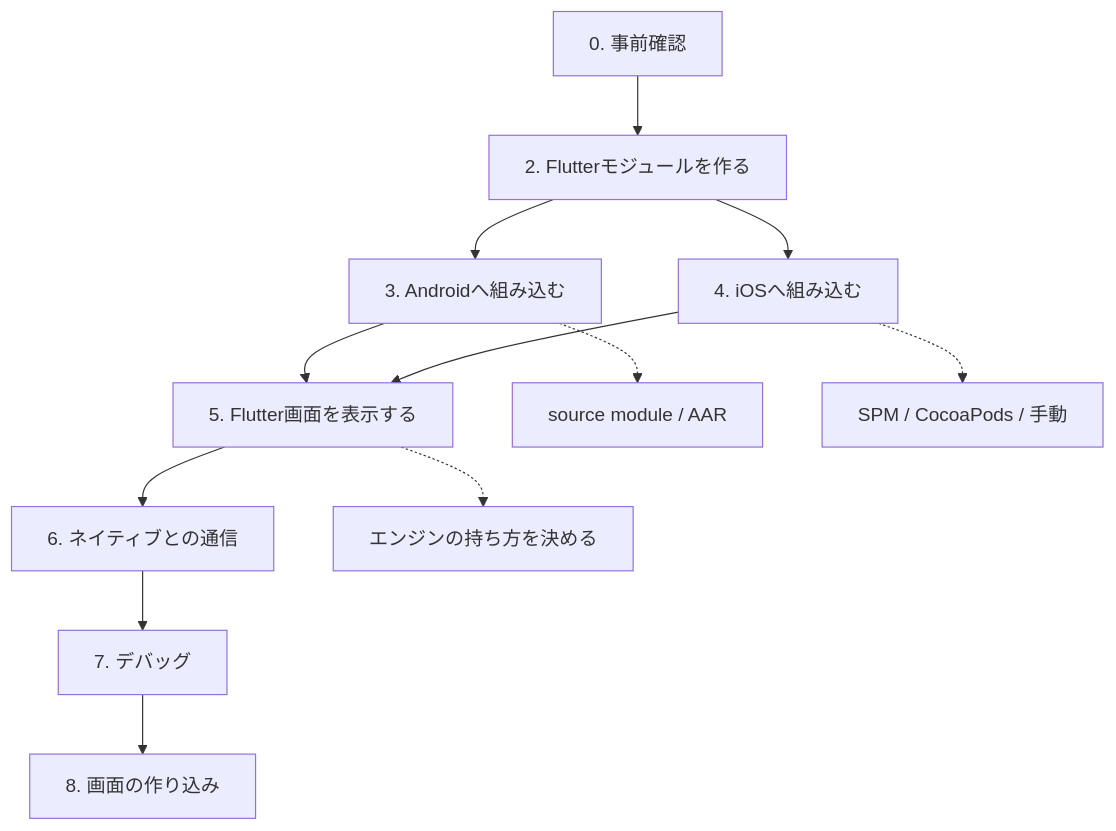
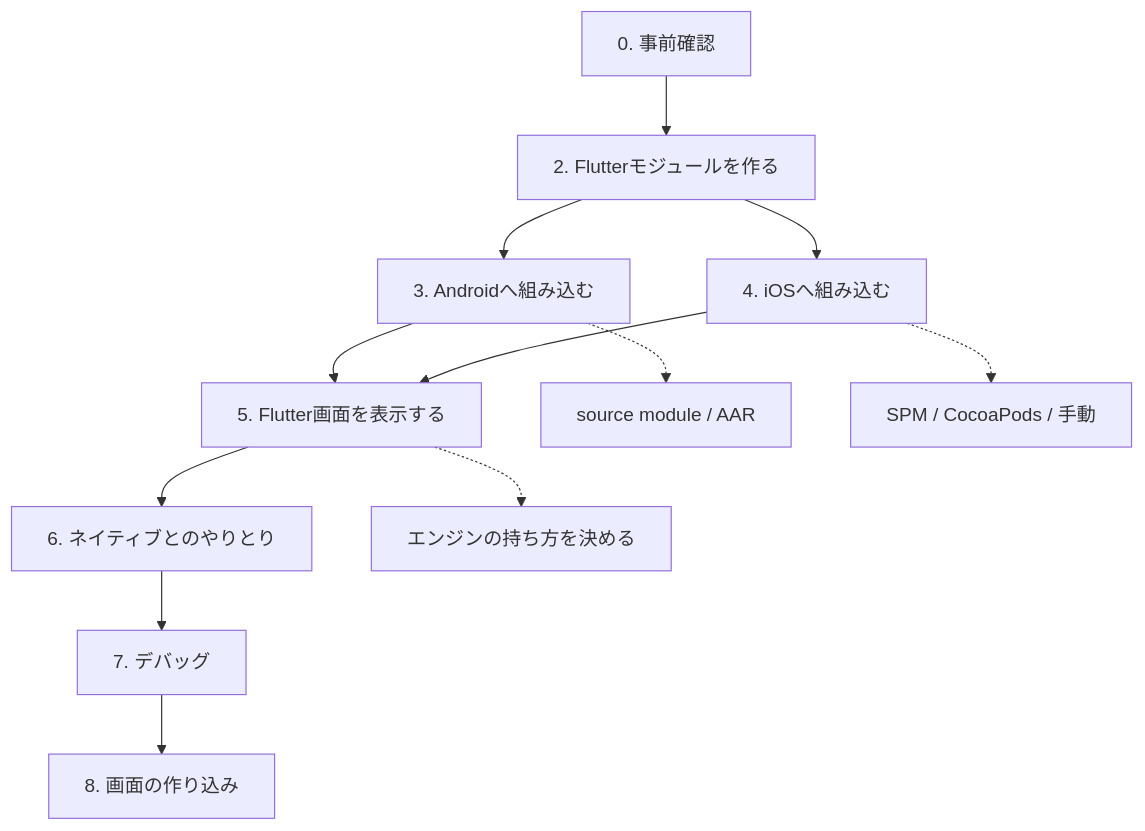
One commit to HiroshiOshiro/flutter-add-to-app-poc3 changed the first of 2 diagrams in docs/MIGRATION_GUIDE.md. Above: the diagram before and after it, drawn with Mermaid. The commit also changed other lines of this file and 3 other files, not shown here.

First line of the commit message:
6節の見出しを変え、役割分担の図を追加する (#15)

````diff
--- a/docs/MIGRATION_GUIDE.md
+++ b/docs/MIGRATION_GUIDE.md
@@ -210,15 +210,15 @@
 ```mermaid
 flowchart TB
     A["0. 事前確認"] --> B["2. Flutterモジュールを作る"]
     B --> C["3. Androidへ組み込む"]
     B --> D["4. iOSへ組み込む"]
     C --> E["5. Flutter画面を表示する"]
     D --> E
-    E --> F["6. ネイティブとの通信"]
+    E --> F["6. ネイティブとのやりとり"]
     F --> G["7. デバッグ"]
     G --> H["8. 画面の作り込み"]
 
     C -.-> C1["source module / AAR"]
     D -.-> D1["SPM / CocoaPods / 手動"]
     E -.-> E1["エンジンの持ち方を決める"]
 ```
````
